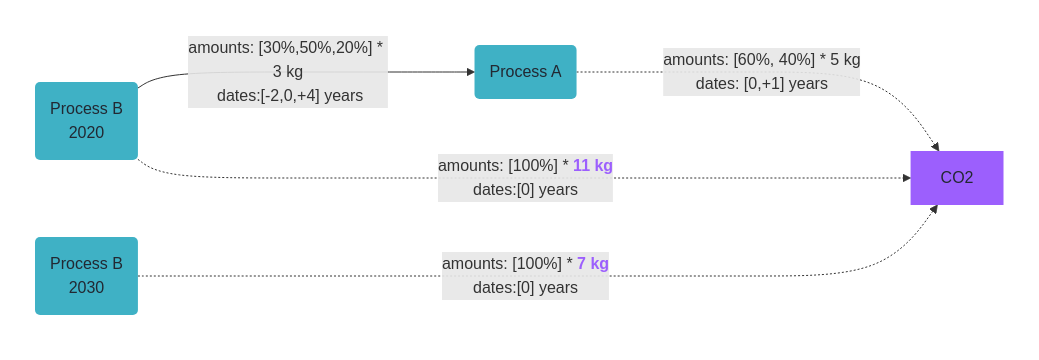
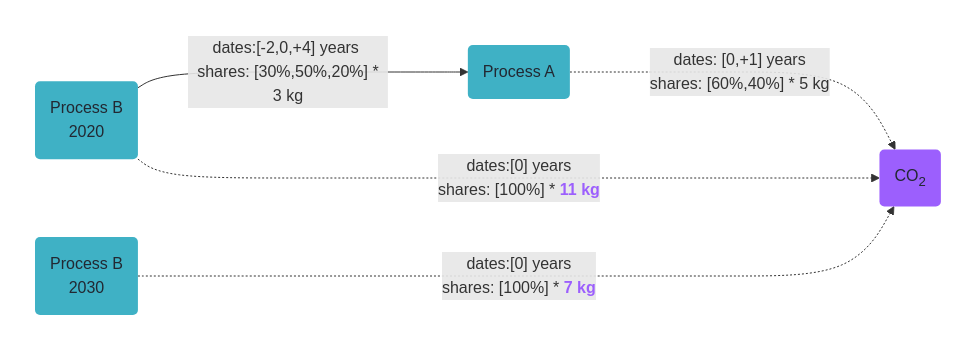
One commit to brightway-lca/bw_timex changed the third of 3 diagrams in docs/content/getting_started/adding_temporal_information.md. Above: the diagram before and after it, drawn with Mermaid. The commit also changed other lines of this file and 4 other files, not shown here.

````diff
--- a/docs/content/getting_started/adding_temporal_information.md
+++ b/docs/content/getting_started/adding_temporal_information.md
@@ -183,28 +185,28 @@
 ```{mermaid}
-:caption: Temporalized example production system
+:caption: Temporalized example production system with two time-specific background processes B
 flowchart LR
 subgraph background[" "]
     B_2020(Process B \n 2020):::bg
     B_2030(Process B \n 2030):::bg
 end
 
 subgraph foreground[" "]
     A(Process A):::fg
 end
 
 subgraph biosphere[" "]
-    CO2:::b
+    CO2(CO<sub>2</sub>):::b
 end
-    B_2020-->|"amounts: [30%,50%,20%] * 3 kg\n dates:[-2,0,+4]" years|A
-    A-.->|"amounts: [60%, 40%] * 5 kg\n dates: [0,+1]" years|CO2
-    B_2020-.->|"amounts: [100%] * <span style='color:#9c5ffd'><b>11 kg</b></span>\n dates:[0]" years|CO2
-    B_2030-.->|"amounts: [100%] * <span style='color:#9c5ffd'><b>7 kg</b></span>\n dates:[0]" years|CO2
+    B_2020-->|"dates:[-2,0,+4] years \n shares: [30%,50%,20%] * 3 kg"|A
+    A-.->|"dates: [0,+1] years\n  shares: [60%,40%] * 5 kg"|CO2   
+    B_2020-.->|"dates:[0] years\n shares: [100%] * <span style='color:#9c5ffd'><b>11 kg</b></span>"|CO2
+    B_2030-.->|"dates:[0] years\n shares: [100%] * <span style='color:#9c5ffd'><b>7 kg</b></span>"|CO2
 
     classDef bg color:#222832, fill:#3fb1c5, stroke:none;
     classDef fg color:#222832, fill:#3fb1c5, stroke:none;
     classDef b color:#222832, fill:#9c5ffd, stroke:none;
     style foreground fill:none, stroke:none;
     style background fill:none, stroke:none;
     style biosphere fill:none, stroke:none;
 
 ```
````
